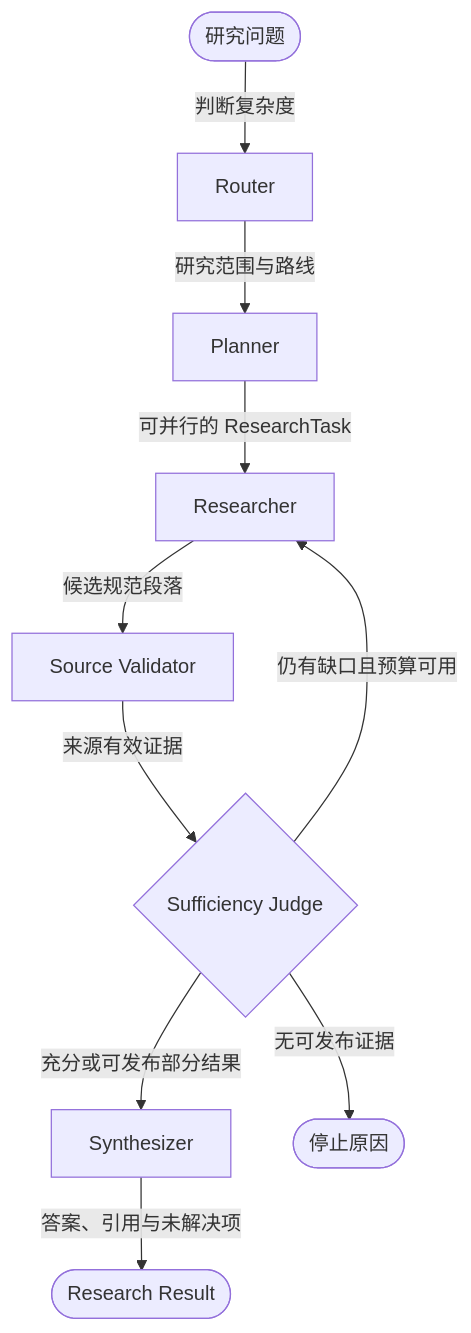
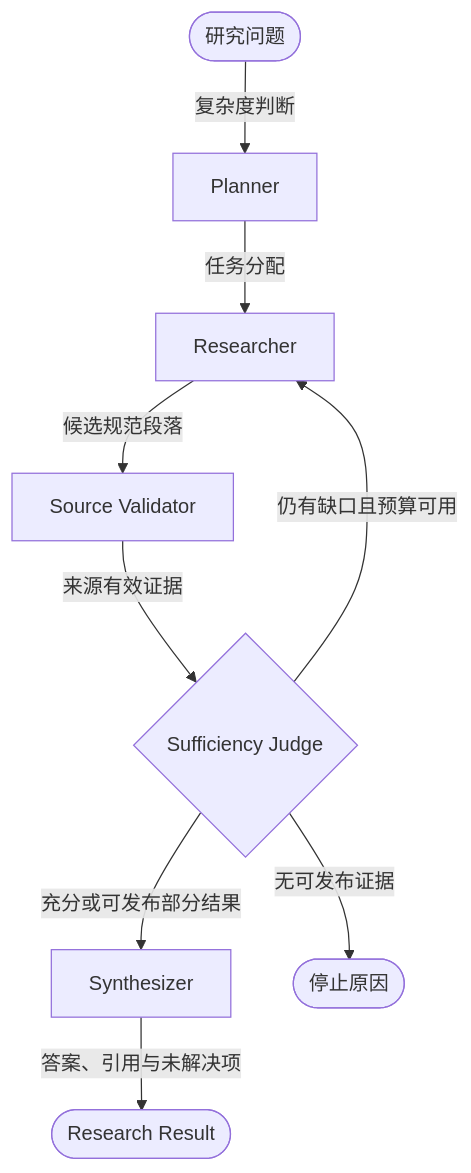
Before and after one commit to QPoms/specrag: the diagram in README.md, drawn with Mermaid.

Commit message:
Simplify README workflow diagram

````diff
--- a/README.md
+++ b/README.md
@@ -23,12 +23,11 @@
 ```mermaid
 flowchart TD
-    QUESTION([研究问题]) -->|判断复杂度| ROUTER[Router]
-    ROUTER -->|研究范围与路线| PLANNER[Planner]
-    PLANNER -->|可并行的 ResearchTask| RESEARCHER[Researcher]
+    QUESTION([研究问题]) -->|复杂度判断| PLANNER[Planner]
+    PLANNER -->|任务分配| RESEARCHER[Researcher]
     RESEARCHER -->|候选规范段落| VALIDATOR[Source Validator]
     VALIDATOR -->|来源有效证据| JUDGE{Sufficiency Judge}
     JUDGE -->|仍有缺口且预算可用| RESEARCHER
     JUDGE -->|充分或可发布部分结果| SYNTHESIZER[Synthesizer]
     JUDGE -->|无可发布证据| STOP([停止原因])
     SYNTHESIZER -->|答案、引用与未解决项| RESULT([Research Result])
 ```
````
